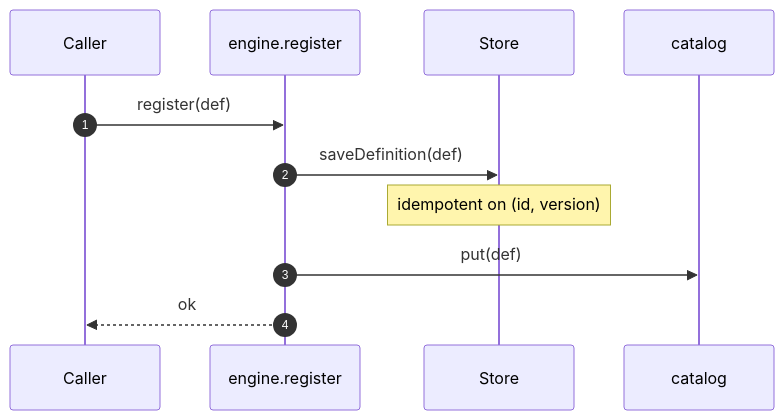
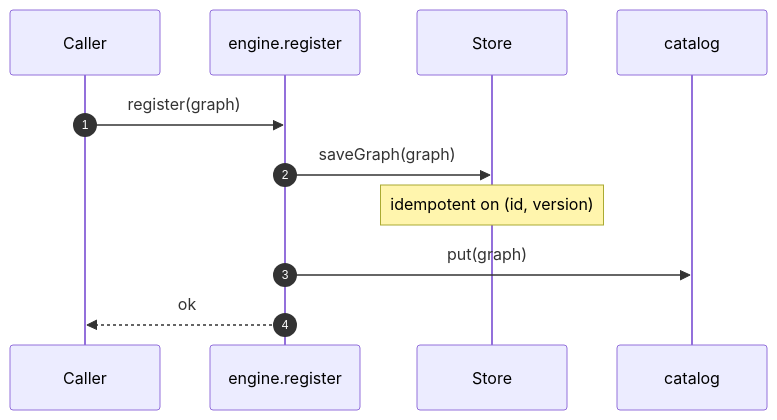
The third of 3 diagrams in architecture.md (foreman-lab/handbook), drawn with Mermaid before and after one commit. The commit also changed other lines of this file, not shown here.

First line of the commit message:
docs(arch): rename MachineDefinition → Graph (#9)

````diff
--- a/architecture.md
+++ b/architecture.md
@@ -332,14 +332,14 @@
 ```mermaid
 sequenceDiagram
     autonumber
     participant C as Caller
     participant E as engine.register
     participant S as Store
     participant Cat as catalog
 
-    C->>E: register(def)
-    E->>S: saveDefinition(def)
+    C->>E: register(graph)
+    E->>S: saveGraph(graph)
     Note over S: idempotent on (id, version)
-    E->>Cat: put(def)
+    E->>Cat: put(graph)
     E-->>C: ok
 ```
````
